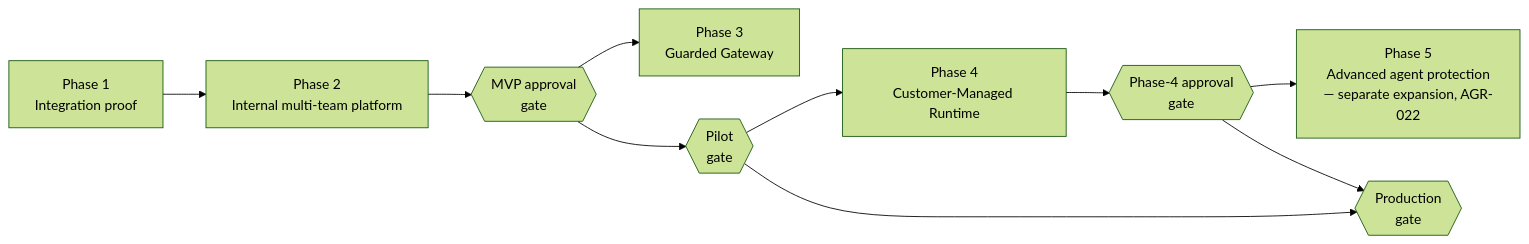
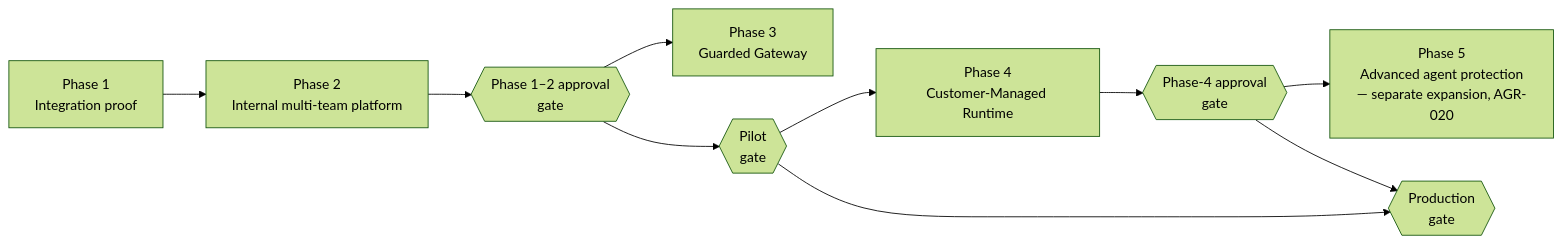
One commit to veglezMX/guardrails changed the first of 3 diagrams in solution-docs/60-delivery/VALIDATION-PLAN.md. Above: the diagram before and after it, drawn with Mermaid (forest theme). The commit also changed other lines of this file and 70 other files, not shown here.

````diff
--- a/solution-docs/60-delivery/VALIDATION-PLAN.md
+++ b/solution-docs/60-delivery/VALIDATION-PLAN.md
@@ -68,12 +68,12 @@
 ```mermaid
 flowchart LR
     A[Phase 1<br/>Integration proof] --> B[Phase 2<br/>Internal multi-team platform]
-    B --> G1{{MVP approval<br/>gate}}
+    B --> G1{{Phase 1–2 approval<br/>gate}}
     G1 --> C[Phase 3<br/>Guarded Gateway]
     G1 --> G2{{Pilot<br/>gate}}
     G2 --> D[Phase 4<br/>Customer-Managed Runtime]
     D --> G3{{Phase-4 approval<br/>gate}}
-    G3 --> E[Phase 5<br/>Advanced agent protection<br/>— separate expansion, AGR-022]
+    G3 --> E[Phase 5<br/>Advanced agent protection<br/>— separate expansion, AGR-020]
     G2 --> G4{{Production<br/>gate}}
     G3 --> G4
 ```
````
